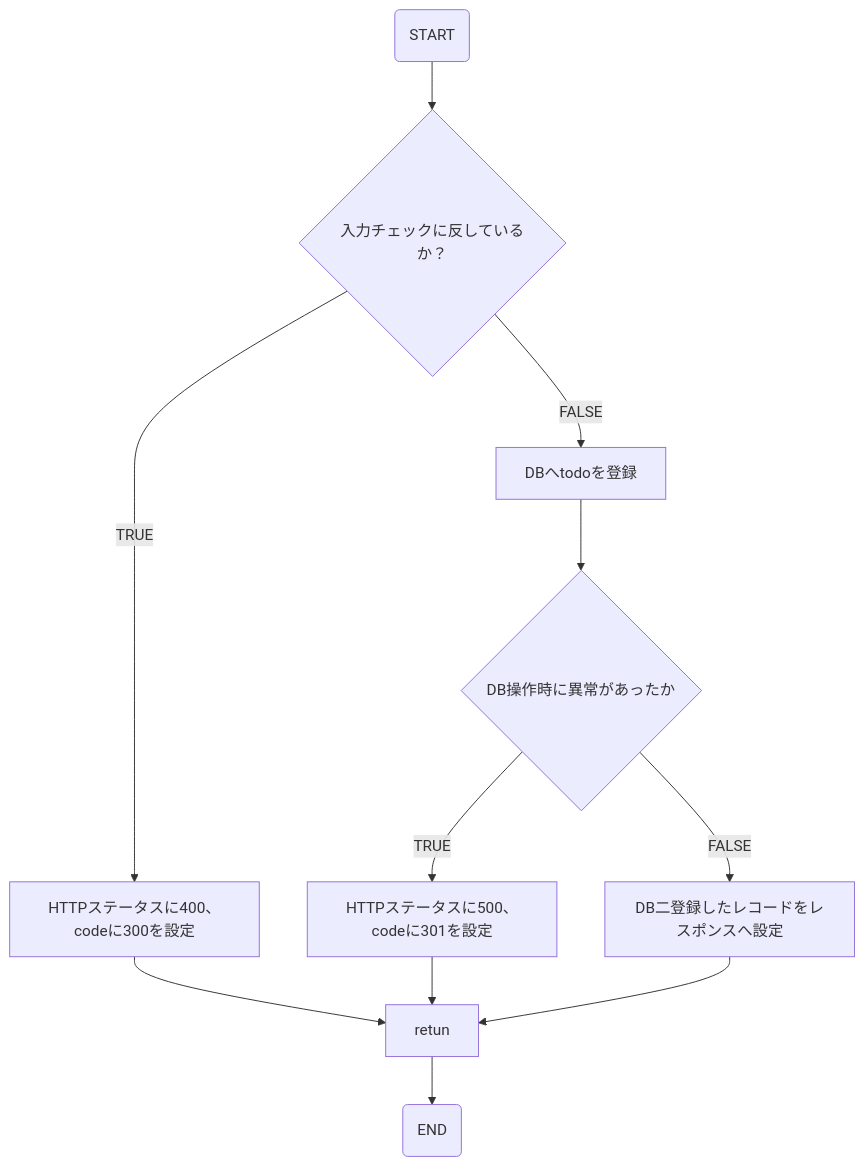
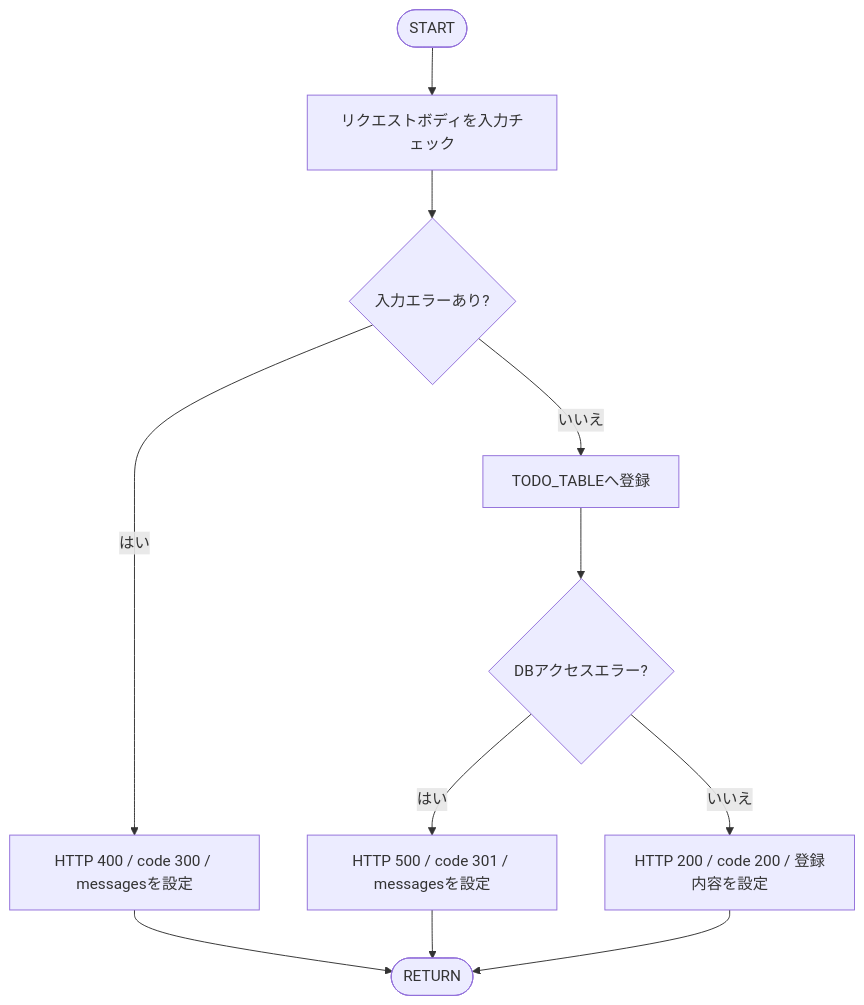
One commit to patoru98/AI_Driven changed the diagram in back_end/src/docs/api/TodoRegistAPI.md. Above: the diagram before and after it, drawn with Mermaid. The commit also changed other lines of this file, not shown here.

````diff
--- a/back_end/src/docs/api/TodoRegistAPI.md
+++ b/back_end/src/docs/api/TodoRegistAPI.md
@@ -120,17 +119,13 @@
 ```mermaid
 graph TD;
-START(START) --> A
-A{入力チェックに反しているか？}
-A -- TRUE --> C
-C[HTTPステータスに400、codeに300を設定] --> RETURN
-A -- FALSE --> B
-B[DBへtodoを登録] --> D
-
-D{DB操作時に異常があったか}
-D -- TRUE --> F
-F[HTTPステータスに500、codeに301を設定] --> RETURN
-D -- FALSE -->G
-G[DB二登録したレコードをレスポンスへ設定] --> RETURN
-RETURN[retun] --> END
-END(END)
+  START([START]) --> VALIDATE[リクエストボディを入力チェック]
+  VALIDATE --> INVALID{入力エラーあり?}
+  INVALID -- はい --> BAD_REQUEST[HTTP 400 / code 300 / messagesを設定]
+  BAD_REQUEST --> RETURN([RETURN])
+  INVALID -- いいえ --> SAVE[TODO_TABLEへ登録]
+  SAVE --> DB_ERROR{DBアクセスエラー?}
+  DB_ERROR -- はい --> SERVER_ERROR[HTTP 500 / code 301 / messagesを設定]
+  SERVER_ERROR --> RETURN
+  DB_ERROR -- いいえ --> SUCCESS[HTTP 200 / code 200 / 登録内容を設定]
+  SUCCESS --> RETURN
 ```
````
